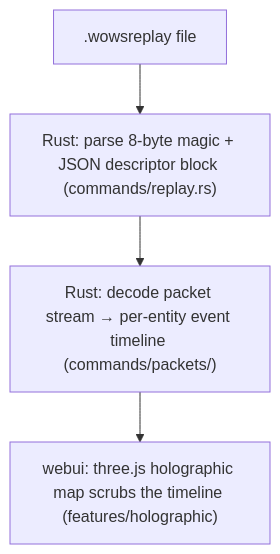
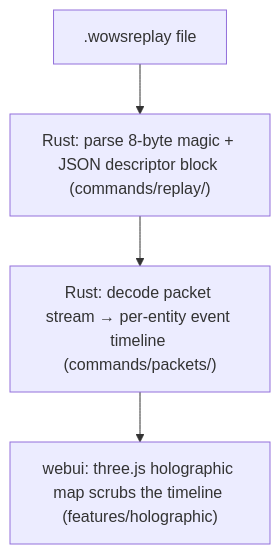
One commit to Carinoasd/wowsp changed the first of 2 diagrams in docs/en/guides/architecture.md. Above: the diagram before and after it, drawn with Mermaid. The commit also changed other lines of this file and 40 other files, not shown here.

````diff
--- a/docs/en/guides/architecture.md
+++ b/docs/en/guides/architecture.md
@@ -15,6 +15,6 @@
 ```mermaid
 flowchart TD
-    A[".wowsreplay file"] --> B["Rust: parse 8-byte magic + JSON descriptor block (commands/replay.rs)"]
+    A[".wowsreplay file"] --> B["Rust: parse 8-byte magic + JSON descriptor block (commands/replay/)"]
     B --> C["Rust: decode packet stream → per-entity event timeline (commands/packets/)"]
     C --> D["webui: three.js holographic map scrubs the timeline (features/holographic)"]
 ```
````
